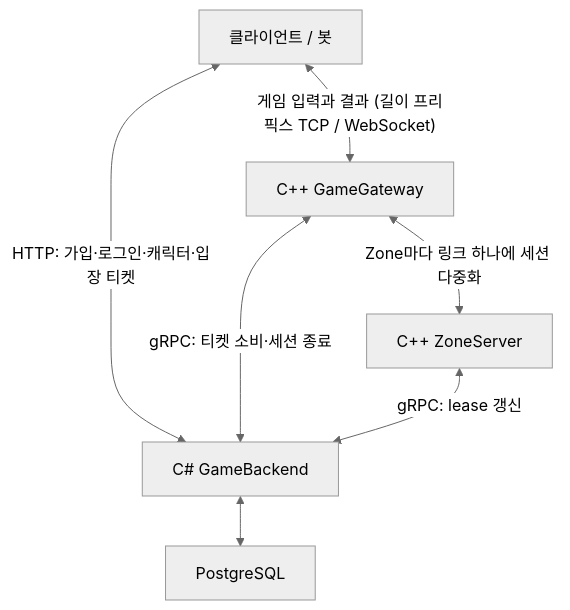
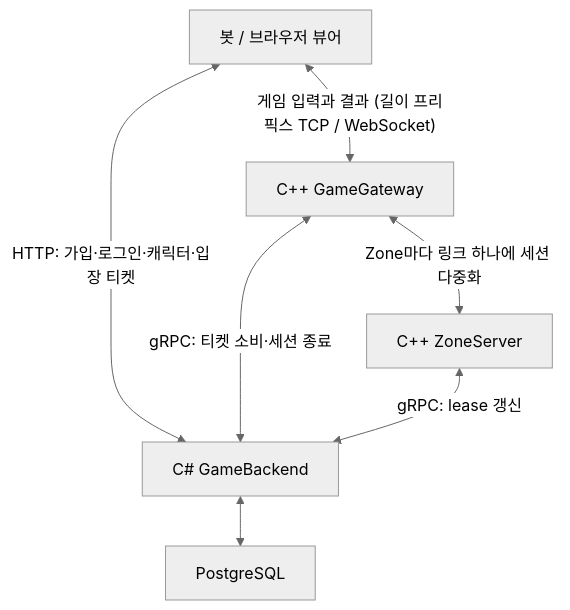
One commit to hstar0124/sa-server changed the first of 2 diagrams in README.md. Above: the diagram before and after it, drawn with Mermaid (neutral theme). The commit also changed other lines of this file and 6 other files, not shown here.

````diff
--- a/README.md
+++ b/README.md
@@ -11,15 +11,15 @@
 ```mermaid
 flowchart TD
-    C["클라이언트 / 봇"]
+    C["봇 / 브라우저 뷰어"]
     G["C++ GameGateway"]
     Z["C++ ZoneServer"]
     B["C# GameBackend"]
     P["PostgreSQL"]
 
     C <-->|"게임 입력과 결과 (길이 프리픽스 TCP / WebSocket)"| G
     C <-->|"HTTP: 가입·로그인·캐릭터·입장 티켓"| B
     G <-->|"Zone마다 링크 하나에 세션 다중화"| Z
     G <-->|"gRPC: 티켓 소비·세션 종료"| B
     Z <-->|"gRPC: lease 갱신"| B
     B <--> P
 ```
````
